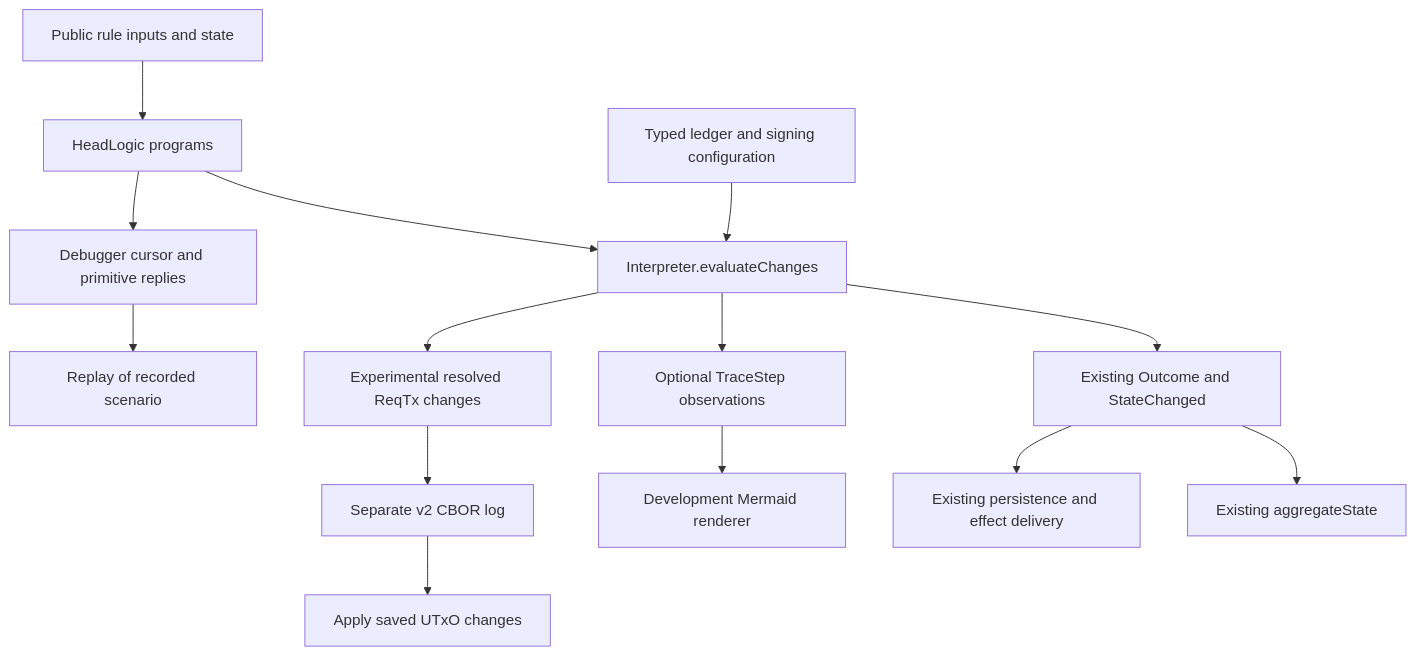
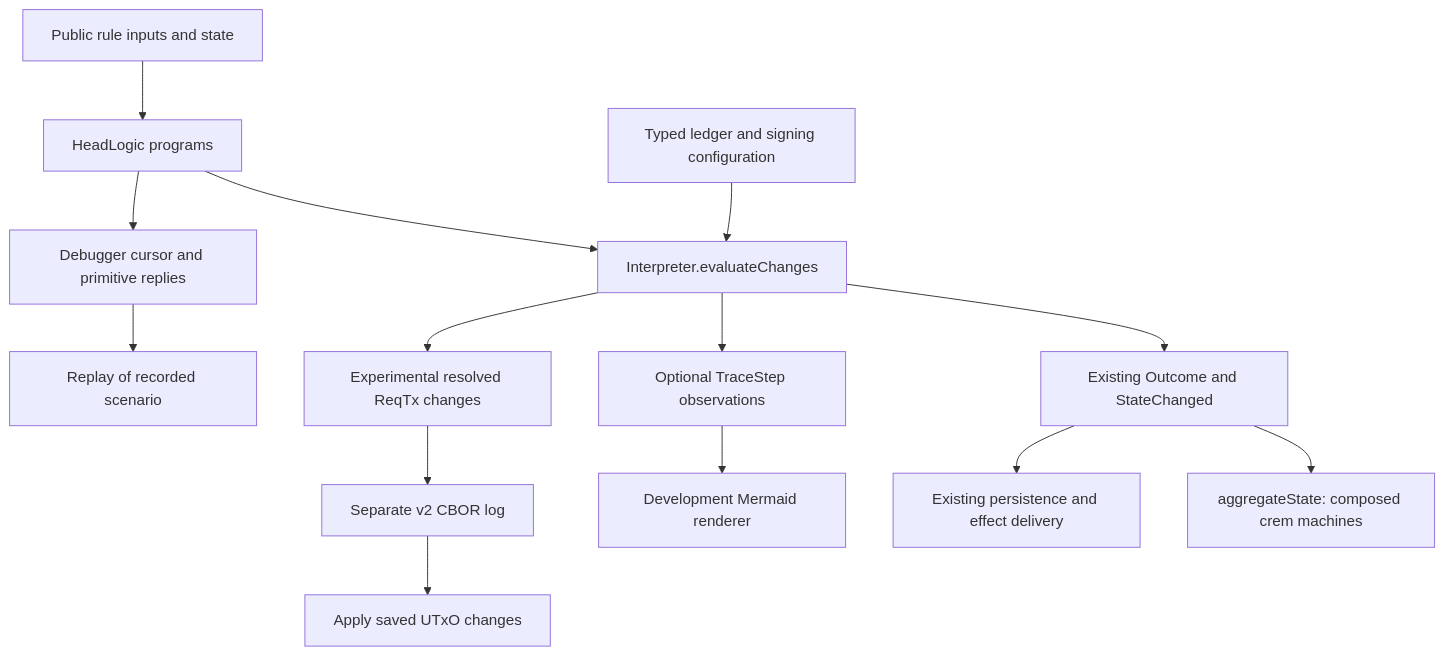
One commit to cardano-scaling/hydra changed the diagram in docs/head-logic-review.md. Above: the diagram before and after it, drawn with Mermaid. The commit also changed other lines of this file and 32 other files, not shown here.

````diff
--- a/docs/head-logic-review.md
+++ b/docs/head-logic-review.md
@@ -63,16 +66,16 @@
 ```mermaid
 flowchart TD
     Input[Public rule inputs and state] --> Rules[HeadLogic programs]
     Rules --> Eval[Interpreter.evaluateChanges]
     Config[Typed ledger and signing configuration] --> Eval
     Eval --> Compat[Existing Outcome and StateChanged]
-    Compat --> Aggregate[Existing aggregateState]
+    Compat --> Aggregate[aggregateState: composed crem machines]
     Compat --> Effects[Existing persistence and effect delivery]
     Eval --> Trace[Optional TraceStep observations]
     Trace --> Mermaid[Development Mermaid renderer]
     Rules --> Debug[Debugger cursor and primitive replies]
     Debug --> Replay[Replay of recorded scenario]
     Eval --> Delta[Experimental resolved ReqTx changes]
     Delta --> Log[Separate v2 CBOR log]
     Log --> Recover[Apply saved UTxO changes]
 ```
````
